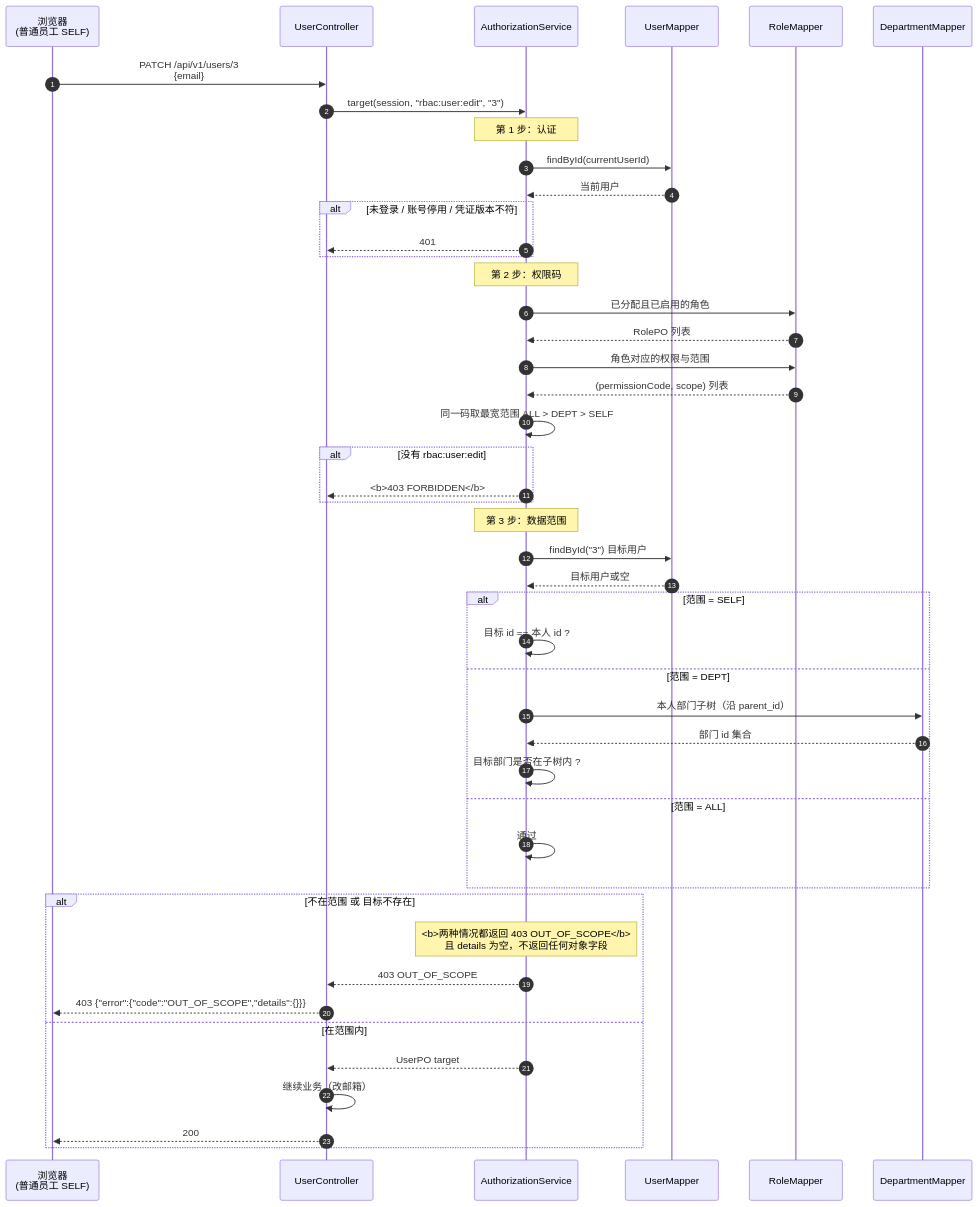
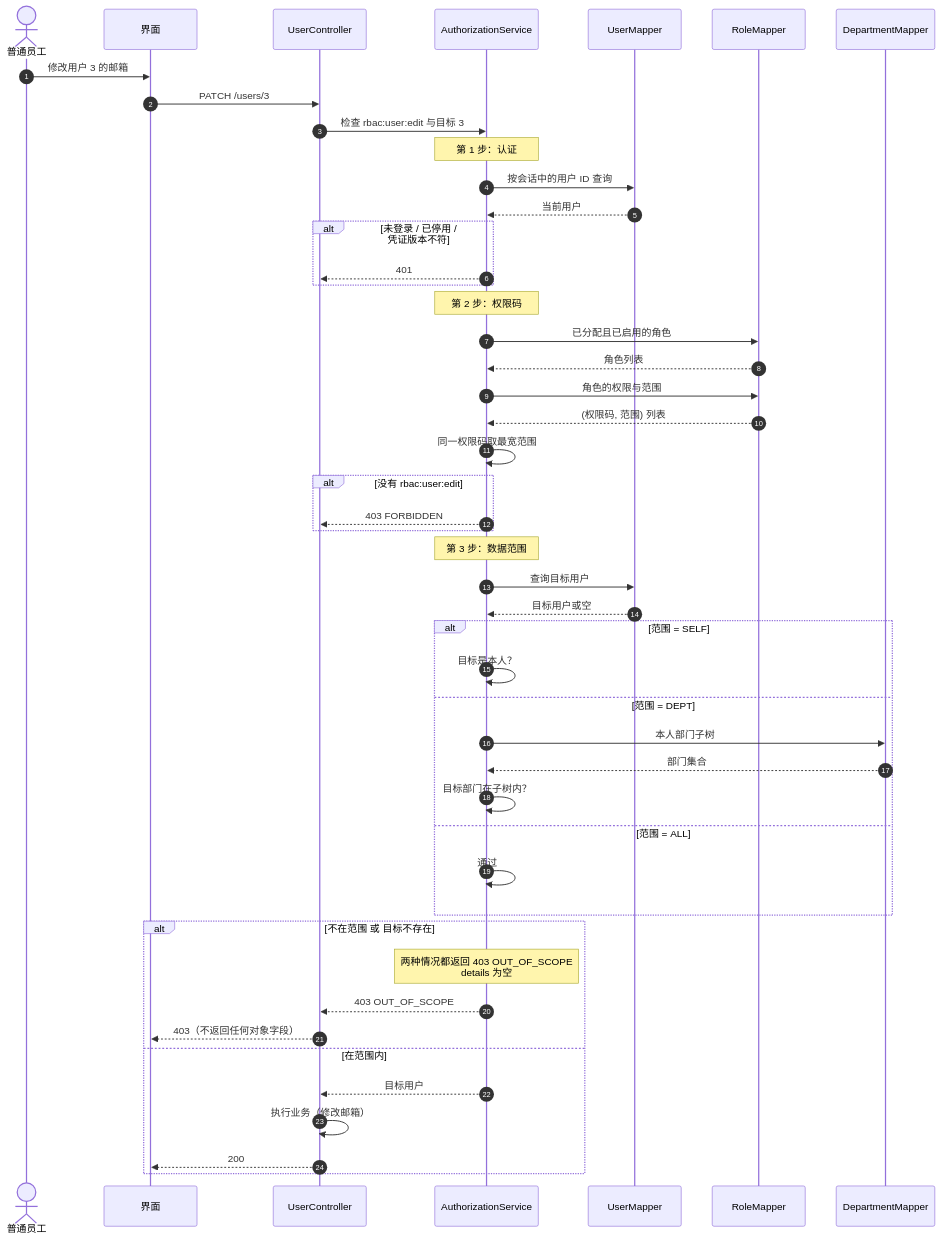
One commit to wenjiu-leng66/OO-d changed the third of 6 diagrams in docs/uml/sequence-diagrams.md. Above: the diagram before and after it, drawn with Mermaid. The commit also changed other lines of this file and 4 other files, not shown here.

First line of the commit message:
docs(uml): 按需求驱动重做模型与设计图

````diff
--- a/docs/uml/sequence-diagrams.md
+++ b/docs/uml/sequence-diagrams.md
@@ -71,53 +166,55 @@
 ```mermaid
 sequenceDiagram
   autonumber
-  participant B as 浏览器<br/>(普通员工 SELF)
+  actor U as 普通员工
+  participant B as 界面
   participant C as UserController
   participant A as AuthorizationService
-  participant UM as UserMapper
-  participant RM as RoleMapper
-  participant DM as DepartmentMapper
+  participant M as UserMapper
+  participant R as RoleMapper
+  participant D as DepartmentMapper
 
-  B->>C: PATCH /api/v1/users/3<br/>{email}
-  C->>A: target(session, "rbac:user:edit", "3")
+  U->>B: 修改用户 3 的邮箱
+  B->>C: PATCH /users/3
+  C->>A: 检查 rbac:user:edit 与目标 3
 
   Note over A: 第 1 步：认证
-  A->>UM: findById(currentUserId)
-  UM-->>A: 当前用户
-  alt 未登录 / 账号停用 / 凭证版本不符
+  A->>M: 按会话中的用户 ID 查询
+  M-->>A: 当前用户
+  alt 未登录 / 已停用 / 凭证版本不符
     A-->>C: 401
   end
 
   Note over A: 第 2 步：权限码
-  A->>RM: 已分配且已启用的角色
-  RM-->>A: RolePO 列表
-  A->>RM: 角色对应的权限与范围
-  RM-->>A: (permissionCode, scope) 列表
-  A->>A: 同一码取最宽范围 ALL > DEPT > SELF
+  A->>R: 已分配且已启用的角色
+  R-->>A: 角色列表
+  A->>R: 角色的权限与范围
+  R-->>A: (权限码, 范围) 列表
+  A->>A: 同一权限码取最宽范围
   alt 没有 rbac:user:edit
-    A-->>C: <b>403 FORBIDDEN</b>
+    A-->>C: 403 FORBIDDEN
   end
 
   Note over A: 第 3 步：数据范围
-  A->>UM: findById("3") 目标用户
-  UM-->>A: 目标用户或空
+  A->>M: 查询目标用户
+  M-->>A: 目标用户或空
   alt 范围 = SELF
-    A->>A: 目标 id == 本人 id ?
+    A->>A: 目标是本人？
   else 范围 = DEPT
-    A->>DM: 本人部门子树（沿 parent_id）
-    DM-->>A: 部门 id 集合
-    A->>A: 目标部门是否在子树内 ?
+    A->>D: 本人部门子树
+    D-->>A: 部门集合
+    A->>A: 目标部门在子树内？
   else 范围 = ALL
     A->>A: 通过
   end
 
   alt 不在范围 或 目标不存在
-    Note over A: <b>两种情况都返回 403 OUT_OF_SCOPE</b><br/>且 details 为空，不返回任何对象字段
+    Note over A: 两种情况都返回 403 OUT_OF_SCOPE<br/>details 为空
     A-->>C: 403 OUT_OF_SCOPE
-    C-->>B: 403 {"error":{"code":"OUT_OF_SCOPE","details":{}}}
+    C-->>B: 403（不返回任何对象字段）
   else 在范围内
-    A-->>C: UserPO target
-    C->>C: 继续业务（改邮箱）
+    A-->>C: 目标用户
+    C->>C: 执行业务（修改邮箱）
     C-->>B: 200
   end
 ```
````
